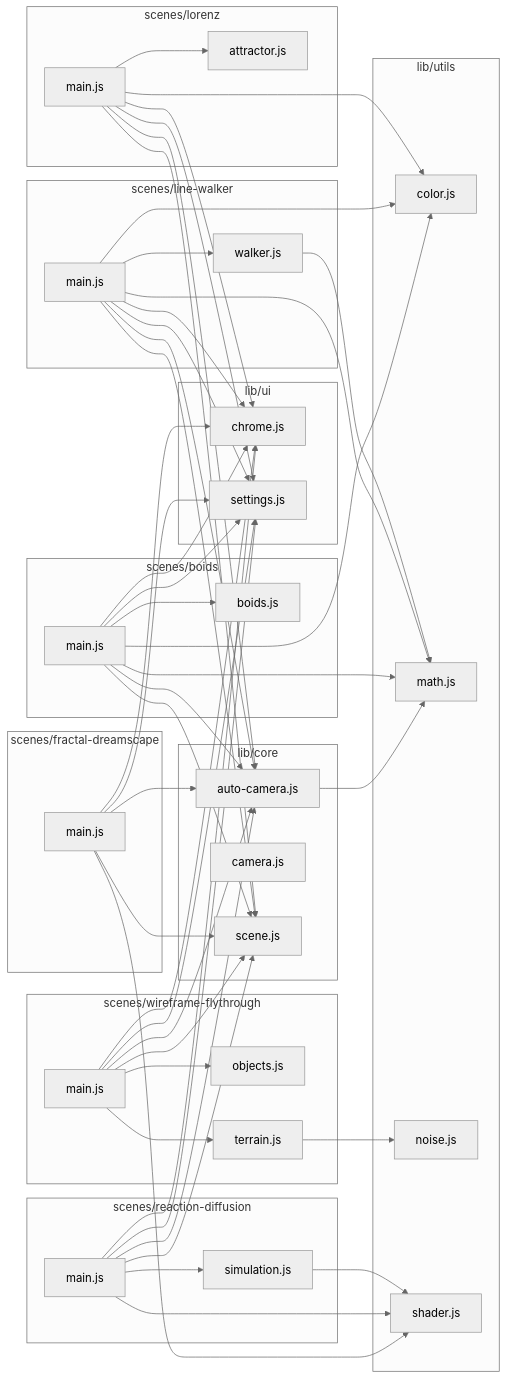
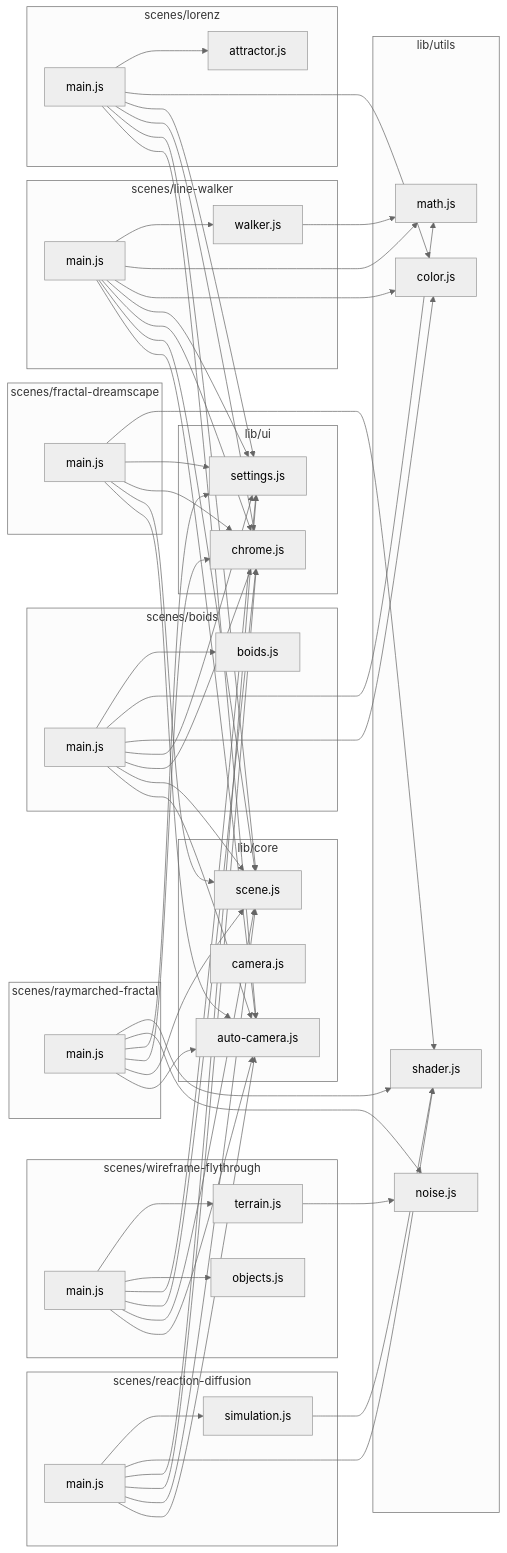
The first of 2 diagrams in site/3d/ARCHITECTURE.md (shitchell/stuff), drawn with Mermaid (neutral theme) before and after one commit. The commit also changed other lines of this file and 4 other files, not shown here.

Commit message:
feat(raymarched-fractal): integrate into landing page, update architecture docs

```diff
--- a/site/3d/ARCHITECTURE.md
+++ b/site/3d/ARCHITECTURE.md
@@ -124,6 +130,9 @@
         scenes_lorenz_attractor_js["attractor.js"]
         scenes_lorenz_main_js["main.js"]
     end
+    subgraph scenes/raymarched-fractal
+        scenes_raymarched_fractal_main_js["main.js"]
+    end
     subgraph scenes/reaction-diffusion
         scenes_reaction_diffusion_main_js["main.js"]
         scenes_reaction_diffusion_simulation_js["simulation.js"]
@@ -133,7 +142,6 @@
         scenes_wireframe_flythrough_objects_js["objects.js"]
         scenes_wireframe_flythrough_terrain_js["terrain.js"]
     end
-    lib_core_auto_camera_js --> lib_utils_math_js
     scenes_boids_main_js --> lib_core_auto_camera_js
     scenes_boids_main_js --> lib_core_scene_js
     scenes_boids_main_js --> lib_ui_chrome_js
@@ -160,6 +168,12 @@
     scenes_lorenz_main_js --> lib_ui_settings_js
     scenes_lorenz_main_js --> lib_utils_color_js
     scenes_lorenz_main_js --> scenes_lorenz_attractor_js
+    scenes_raymarched_fractal_main_js --> lib_core_auto_camera_js
+    scenes_raymarched_fractal_main_js --> lib_core_scene_js
+    scenes_raymarched_fractal_main_js --> lib_ui_chrome_js
+    scenes_raymarched_fractal_main_js --> lib_ui_settings_js
+    scenes_raymarched_fractal_main_js --> lib_utils_noise_js
+    scenes_raymarched_fractal_main_js --> lib_utils_shader_js
     scenes_reaction_diffusion_main_js --> lib_core_auto_camera_js
     scenes_reaction_diffusion_main_js --> lib_core_scene_js
     scenes_reaction_diffusion_main_js --> lib_ui_chrome_js
```
